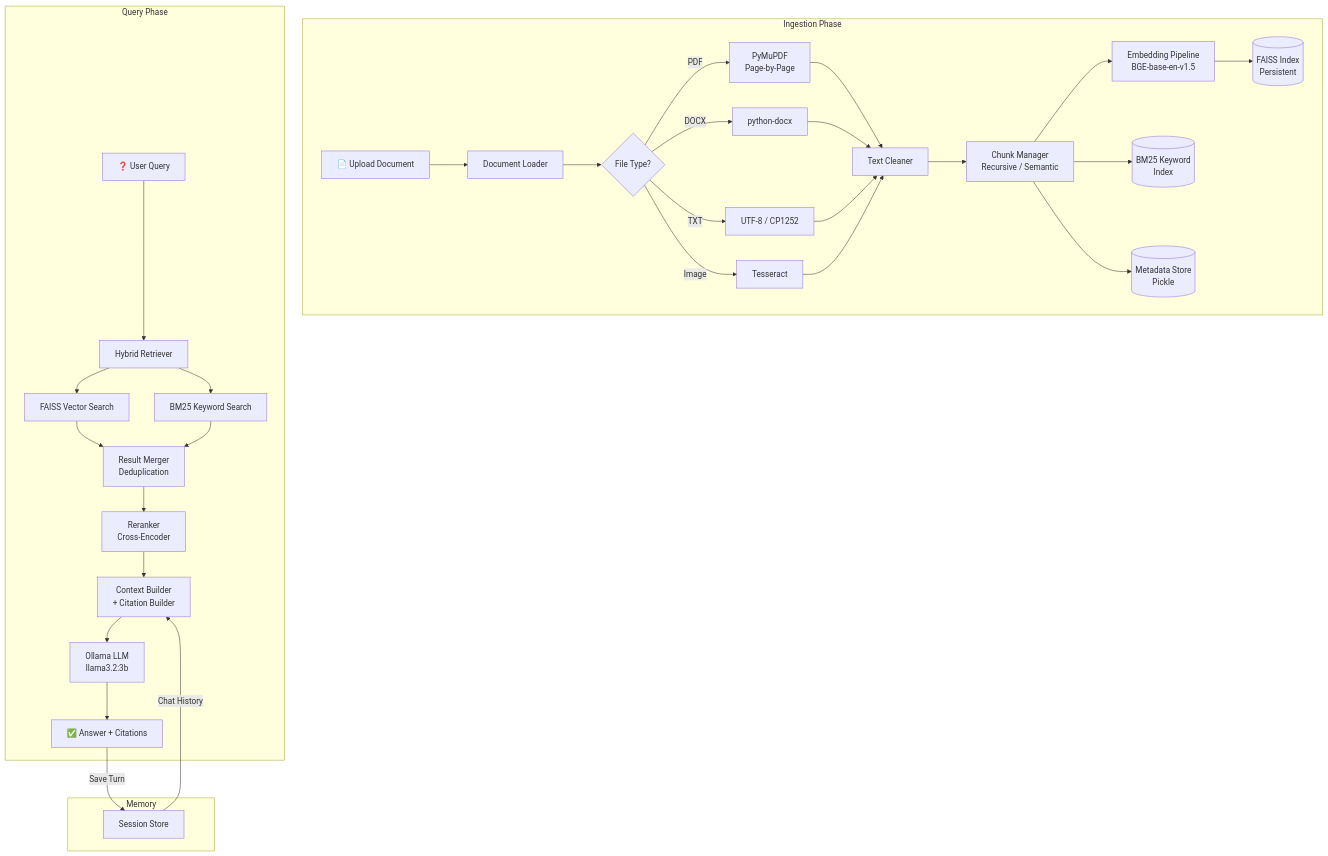
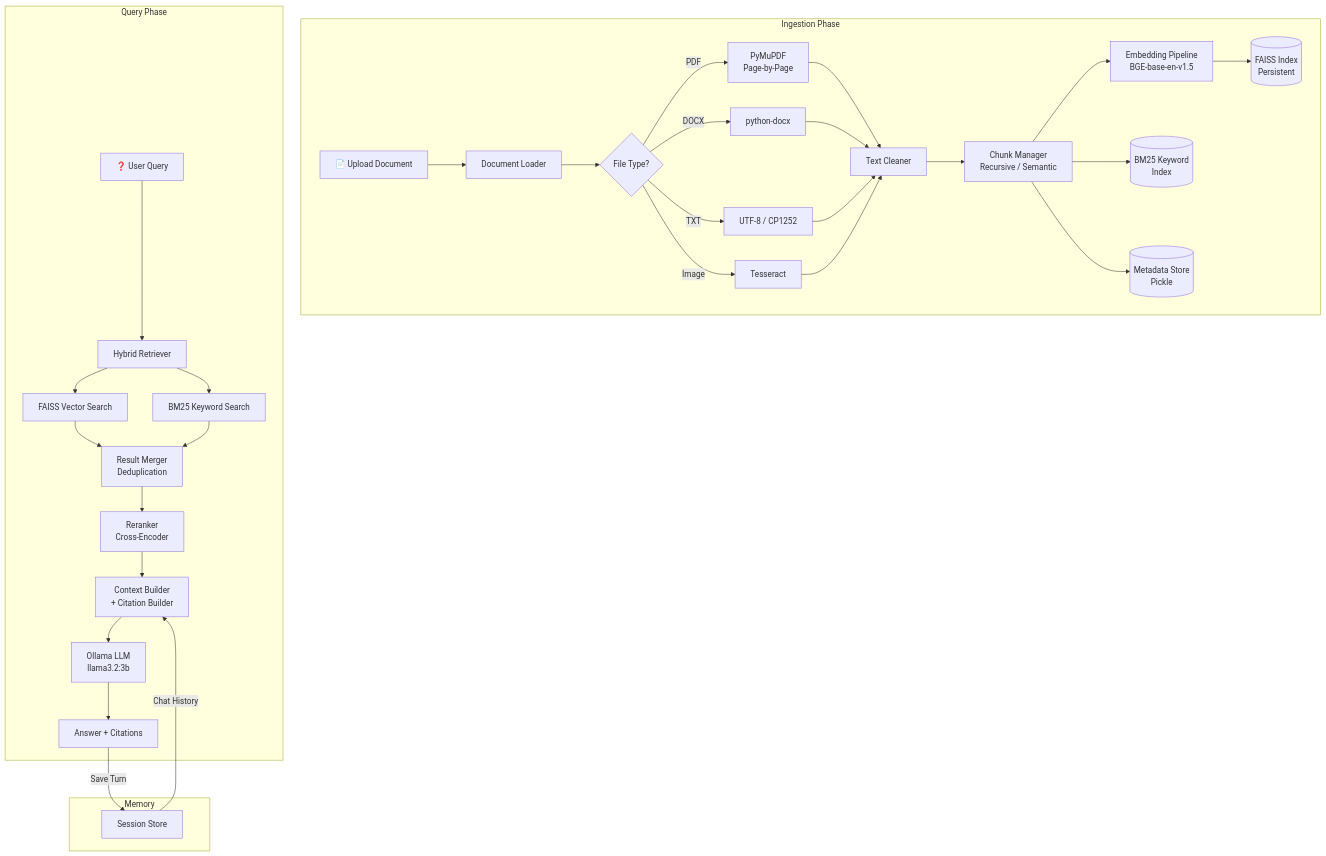
Before and after one commit to transponster27/Autonomous-Multi-Agent-AI-Support-Orchestrator: the diagram in README.md, drawn with Mermaid. The commit also changed other lines of this file and 122 other files, not shown here.

````diff
--- a/README.md
+++ b/README.md
@@ -43,37 +43,37 @@
 ```mermaid
 graph TD
     subgraph Ingestion Phase
         A[📄 Upload Document] --> B[Document Loader]
         B --> C{File Type?}
         C -->|PDF| D[PyMuPDF<br/>Page-by-Page]
         C -->|DOCX| E[python-docx]
         C -->|TXT| F[UTF-8 / CP1252]
         C -->|Image| G[Tesseract]
         D --> H[Text Cleaner]
         E --> H
         F --> H
         G --> H
         H --> I[Chunk Manager<br/>Recursive / Semantic]
         I --> J[Embedding Pipeline<br/>BGE-base-en-v1.5]
         J --> K[(FAISS Index<br/>Persistent)]
         I --> L[(BM25 Keyword<br/>Index)]
         I --> M[(Metadata Store<br/>Pickle)]
     end
 
     subgraph Query Phase
         N[❓ User Query] --> O[Hybrid Retriever]
         O --> P[FAISS Vector Search]
         O --> Q[BM25 Keyword Search]
         P --> R[Result Merger<br/>Deduplication]
         Q --> R
         R --> S[Reranker<br/>Cross-Encoder]
         S --> T[Context Builder<br/>+ Citation Builder]
         T --> U[Ollama LLM<br/>llama3.2:3b]
-        U --> V[✅ Answer + Citations]
+        U --> V[ Answer + Citations]
     end
 
     subgraph Memory
         W[Session Store] -->|Chat History| T
         V -->|Save Turn| W
     end
 ```
````
